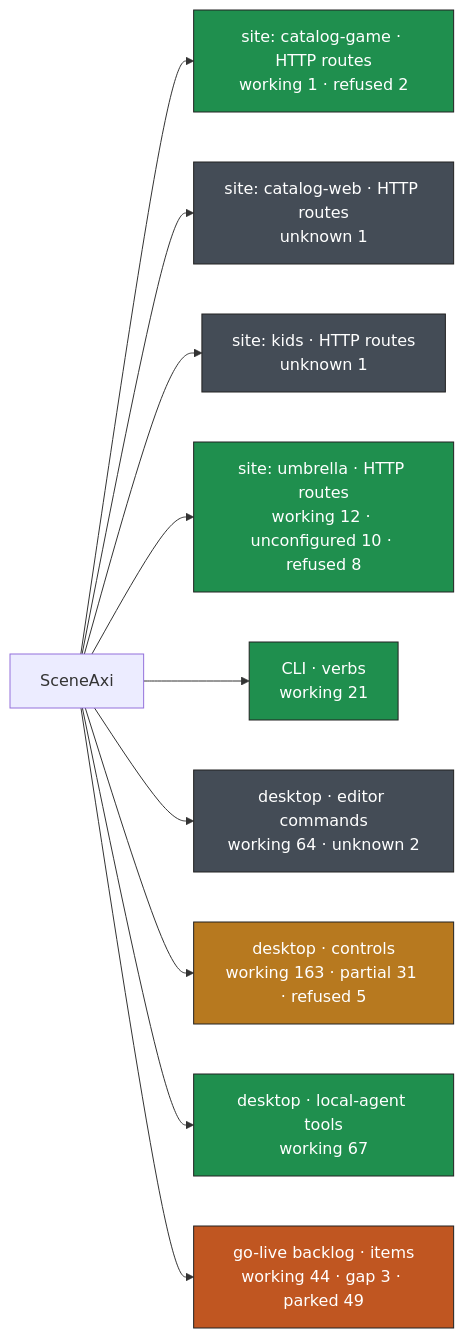
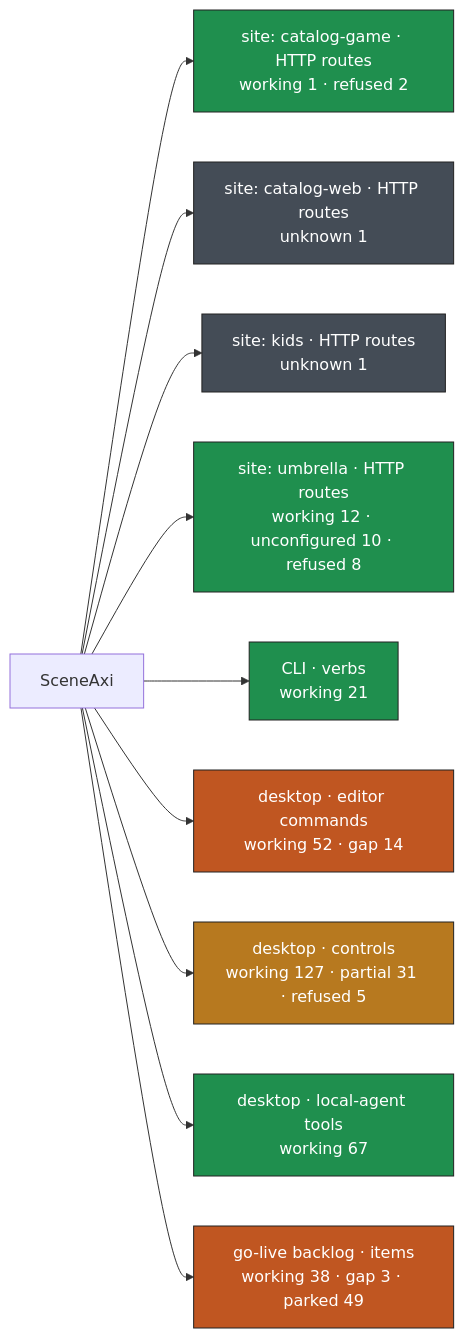
One commit to Vhailors/sceneaxi changed the diagram in docs/audits/surface-map.md. Above: the diagram before and after it, drawn with Mermaid. The commit also changed other lines of this file and 1208 other files, not shown here.

````diff
--- a/docs/audits/surface-map.md
+++ b/docs/audits/surface-map.md
@@ -9,30 +9,30 @@
 ```mermaid
 flowchart LR
   SA["SceneAxi"]
   SA --> site__catalog_game_HTTP_routes["site: catalog-game · HTTP routes<br/>working 1 · refused 2"]
   class site__catalog_game_HTTP_routes working
   SA --> site__catalog_web_HTTP_routes["site: catalog-web · HTTP routes<br/>unknown 1"]
   class site__catalog_web_HTTP_routes unknown
   SA --> site__kids_HTTP_routes["site: kids · HTTP routes<br/>unknown 1"]
   class site__kids_HTTP_routes unknown
   SA --> site__umbrella_HTTP_routes["site: umbrella · HTTP routes<br/>working 12 · unconfigured 10 · refused 8"]
   class site__umbrella_HTTP_routes working
   SA --> CLI_verbs["CLI · verbs<br/>working 21"]
   class CLI_verbs working
-  SA --> desktop_editor_commands["desktop · editor commands<br/>working 64 · unknown 2"]
-  class desktop_editor_commands unknown
-  SA --> desktop_controls["desktop · controls<br/>working 163 · partial 31 · refused 5"]
+  SA --> desktop_editor_commands["desktop · editor commands<br/>working 52 · gap 14"]
+  class desktop_editor_commands gap
+  SA --> desktop_controls["desktop · controls<br/>working 127 · partial 31 · refused 5"]
   class desktop_controls partial
   SA --> desktop_local_agent_tools["desktop · local-agent tools<br/>working 67"]
   class desktop_local_agent_tools working
-  SA --> go_live_backlog_items["go-live backlog · items<br/>working 44 · gap 3 · parked 49"]
+  SA --> go_live_backlog_items["go-live backlog · items<br/>working 38 · gap 3 · parked 49"]
   class go_live_backlog_items gap
   classDef working fill:#1f8f4e,color:#fff,stroke:#222
   classDef partial fill:#b7791f,color:#fff,stroke:#222
   classDef unconfigured fill:#5a6b85,color:#fff,stroke:#222
   classDef refused fill:#6b5aa6,color:#fff,stroke:#222
   classDef gap fill:#c05621,color:#fff,stroke:#222
   classDef parked fill:#8a8f98,color:#fff,stroke:#222
   classDef unknown fill:#444c56,color:#fff,stroke:#222
   classDef broken fill:#c53030,color:#fff,stroke:#222
 ```
````
